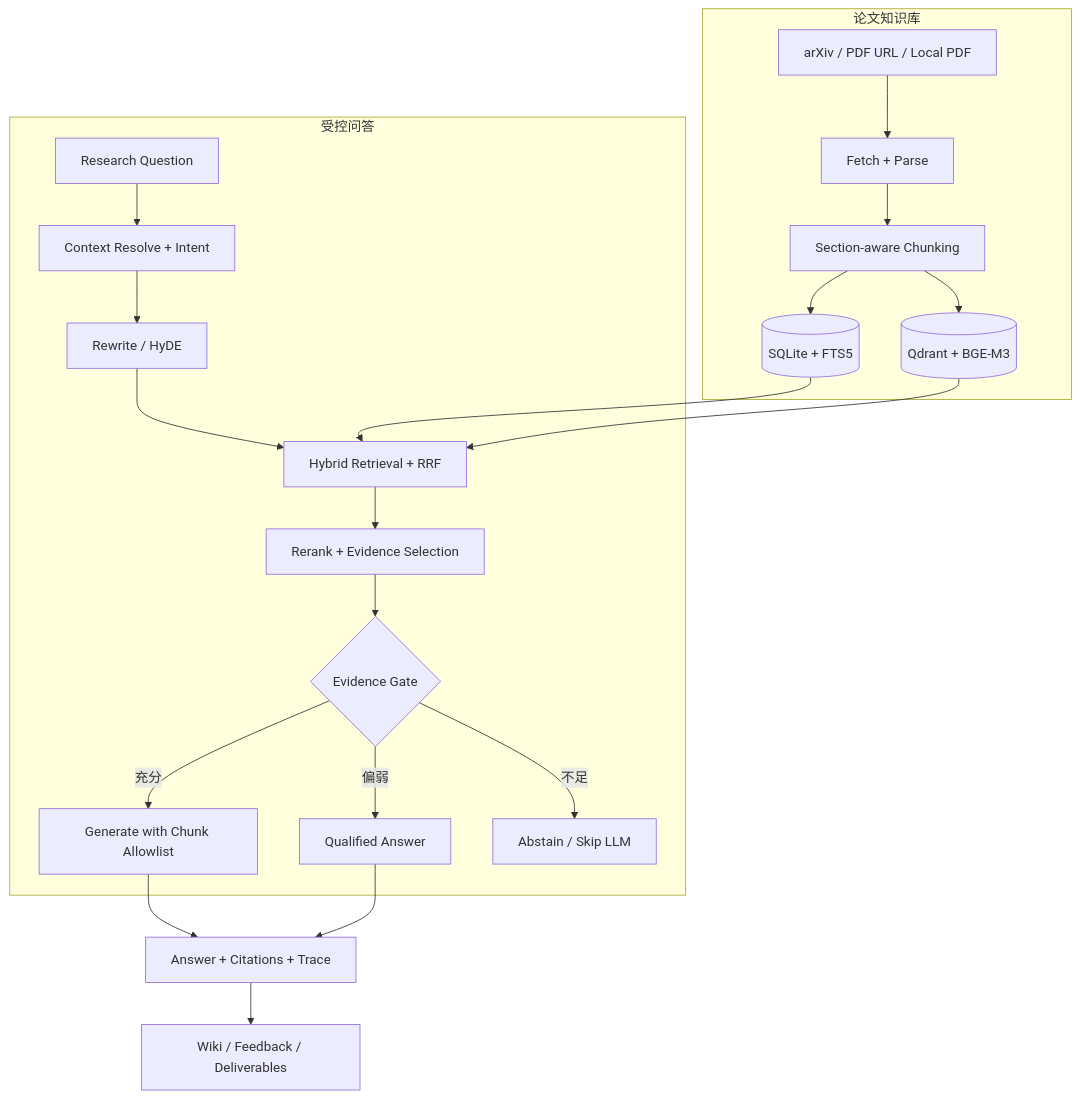
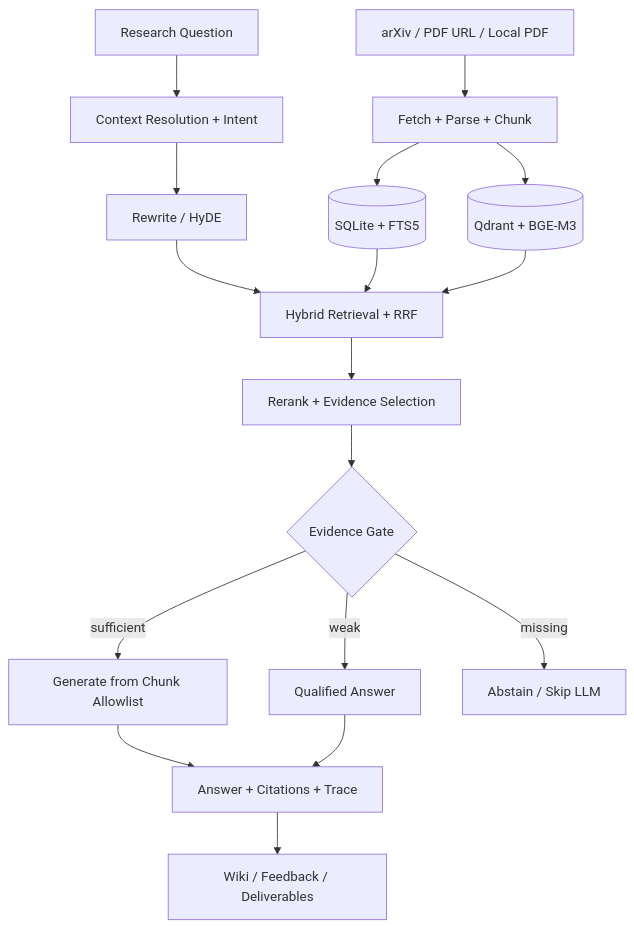
Before and after one commit to russlzc/--RAGPaper: the diagram in README.md, drawn with Mermaid. The commit also changed other lines of this file and 2 other files, not shown here.

````diff
--- a/README.md
+++ b/README.md
@@ -30,26 +30,20 @@
 ```mermaid
 flowchart TD
-    subgraph K["论文知识库"]
-        A["arXiv / PDF URL / Local PDF"] --> B["Fetch + Parse"]
-        B --> C["Section-aware Chunking"]
-        C --> D[("SQLite + FTS5")]
-        C --> E[("Qdrant + BGE-M3")]
-    end
+    A["arXiv / PDF URL / Local PDF"] --> B["Fetch + Parse + Chunk"]
+    B --> S[("SQLite + FTS5")]
+    B --> V[("Qdrant + BGE-M3")]
 
-    subgraph Q["受控问答"]
-        U["Research Question"] --> R["Context Resolve + Intent"]
-        R --> W["Rewrite / HyDE"]
-        W --> H["Hybrid Retrieval + RRF"]
-        D --> H
-        E --> H
-        H --> S["Rerank + Evidence Selection"]
-        S --> G{"Evidence Gate"}
-        G -->|"充分"| L["Generate with Chunk Allowlist"]
-        G -->|"偏弱"| L2["Qualified Answer"]
-        G -->|"不足"| X["Abstain / Skip LLM"]
-    end
-
+    U["Research Question"] --> C["Context Resolution + Intent"]
+    C --> W["Rewrite / HyDE"]
+    W --> R["Hybrid Retrieval + RRF"]
+    S --> R
+    V --> R
+    R --> E["Rerank + Evidence Selection"]
+    E --> G{"Evidence Gate"}
+    G -->|"sufficient"| L["Generate from Chunk Allowlist"]
+    G -->|"weak"| Q["Qualified Answer"]
+    G -->|"missing"| X["Abstain / Skip LLM"]
     L --> O["Answer + Citations + Trace"]
-    L2 --> O
+    Q --> O
     O --> P["Wiki / Feedback / Deliverables"]
 ```
````
